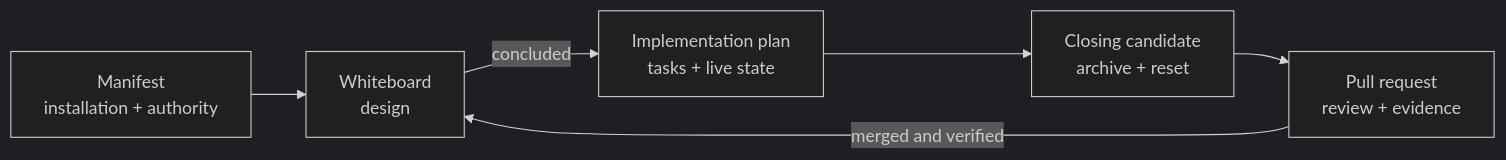
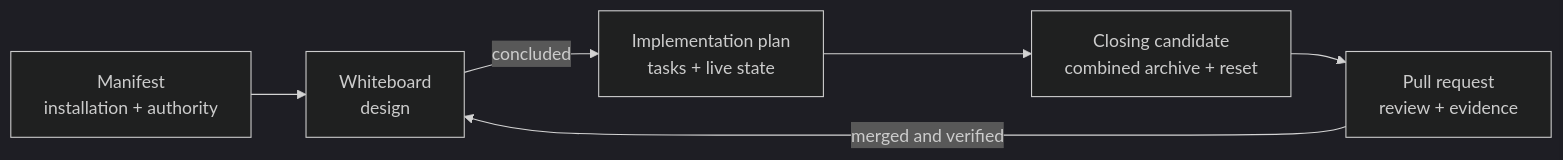
One commit to hhhhhusky777/spec-driven-delivery-playbook changed the second of 12 diagrams in README.md. Above: the diagram before and after it, drawn with Mermaid (dark theme). The commit also changed other lines of this file and 12 other files, not shown here.

````diff
--- a/README.md
+++ b/README.md
@@ -138,8 +138,8 @@
 ```mermaid
 flowchart LR
     M["Manifest<br/>installation + authority"] --> W["Whiteboard<br/>design"]
     W -->|"concluded"| P["Implementation plan<br/>tasks + live state"]
-    P --> C["Closing candidate<br/>archive + reset"]
+    P --> C["Closing candidate<br/>combined archive + reset"]
     C --> PR["Pull request<br/>review + evidence"]
     PR -->|"merged and verified"| W
 ```
````
